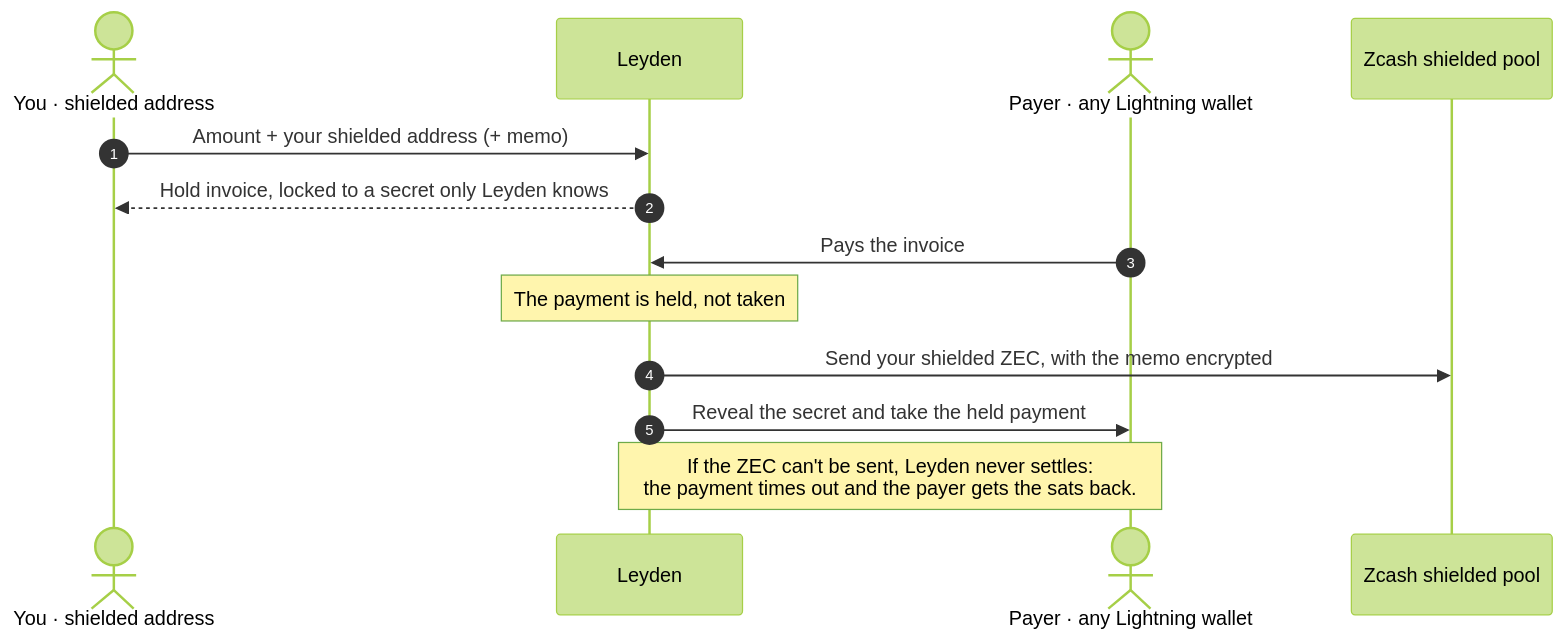
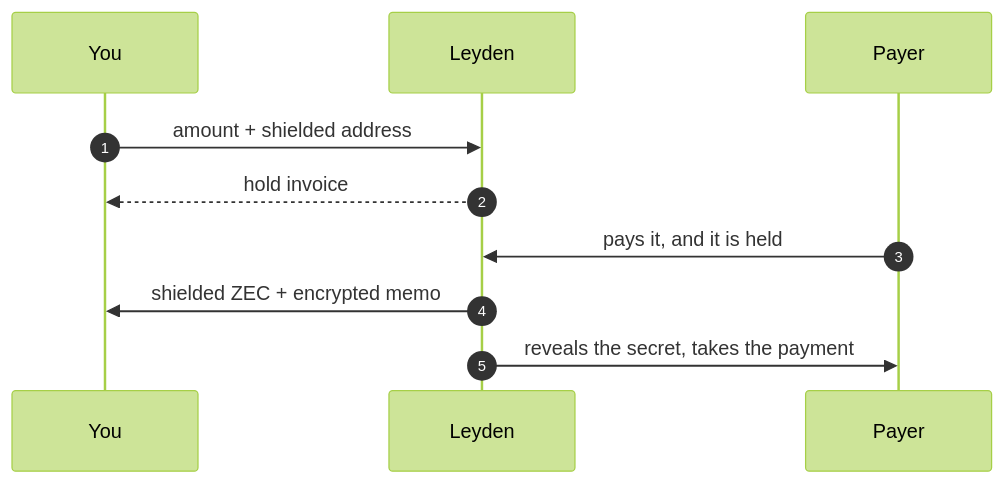
One commit to wildanrhmn/leyden changed the second of 3 diagrams in README.md. Above: the diagram before and after it, drawn with Mermaid (forest theme). The commit also changed other lines of this file and 3 other files, not shown here.

Commit message:
Restyle the README: small mark and plain title, short focused diagrams, code map with line links, a measured run

````diff
--- a/README.md
+++ b/README.md
@@ -72,15 +65,12 @@
 ```mermaid
 sequenceDiagram
-    autonumber
-    actor R as You · shielded address
-    participant L as Leyden
-    actor S as Payer · any Lightning wallet
-    participant Z as Zcash shielded pool
-    R->>L: Amount + your shielded address (+ memo)
-    L-->>R: Hold invoice, locked to a secret only Leyden knows
-    S->>L: Pays the invoice
-    Note over L: The payment is held, not taken
-    L->>Z: Send your shielded ZEC, with the memo encrypted
-    L->>S: Reveal the secret and take the held payment
-    Note over S,L: If the ZEC can't be sent, Leyden never settles:<br/>the payment times out and the payer gets the sats back.
+  autonumber
+  participant R as You
+  participant L as Leyden
+  participant P as Payer
+  R->>L: amount + shielded address
+  L-->>R: hold invoice
+  P->>L: pays it, and it is held
+  L->>R: shielded ZEC + encrypted memo
+  L->>P: reveals the secret, takes the payment
 ```
````
